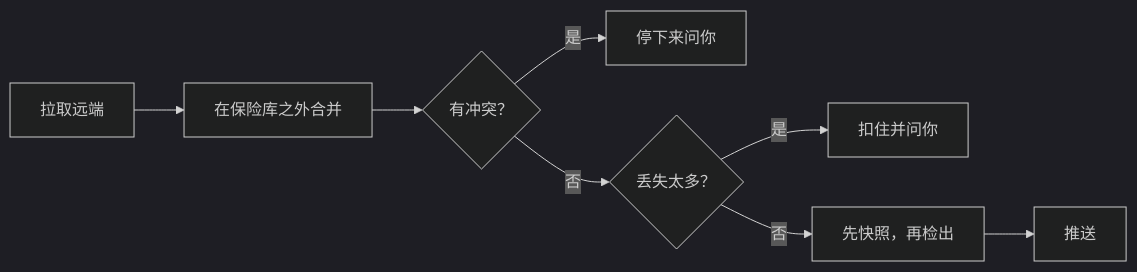
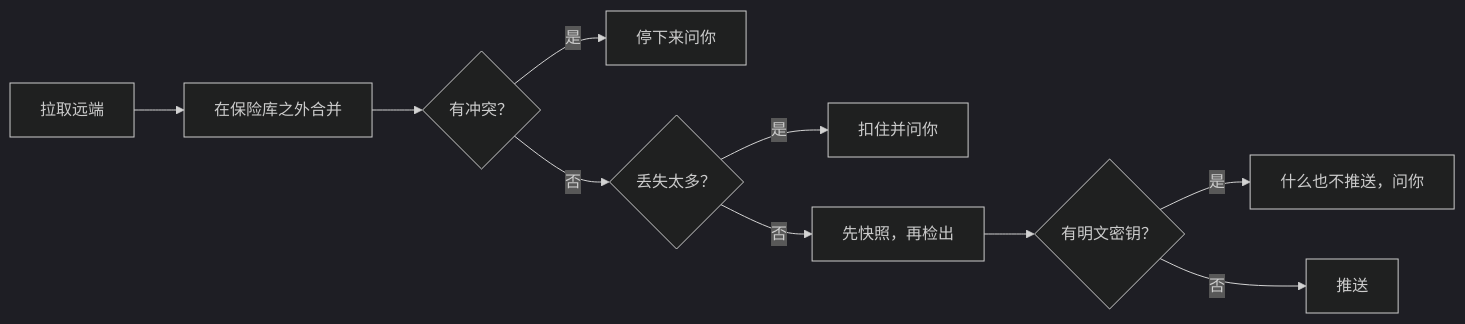
Before and after one commit to wyx-sg/Coffer: the diagram in docs-site/zh/guides/vault-sync.md, drawn with Mermaid (dark theme). The commit also changed other lines of this file and 67 other files, not shown here.

````diff
--- a/docs-site/zh/guides/vault-sync.md
+++ b/docs-site/zh/guides/vault-sync.md
@@ -172,10 +172,12 @@
 ```mermaid
 flowchart LR
   A["拉取远端"] --> B["在保险库之外合并"]
   B --> C{"有冲突？"}
   C -- "是" --> S["停下来问你"]
   C -- "否" --> D{"丢失太多？"}
   D -- "是" --> H["扣住并问你"]
   D -- "否" --> E["先快照，再检出"]
-  E --> F["推送"]
+  E --> P{"有明文密钥？"}
+  P -- "是" --> N["什么也不推送，问你"]
+  P -- "否" --> F["推送"]
 ```
````
